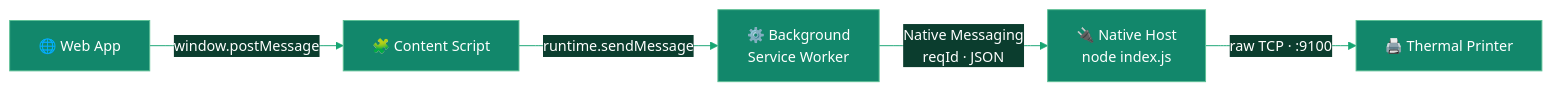
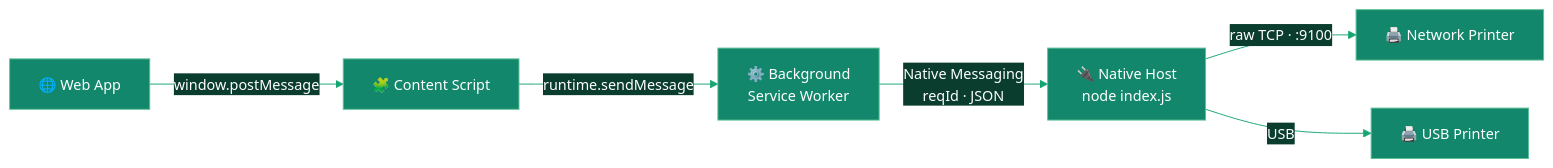
One commit to algoramming/local_tcp changed the diagram in README.md. Above: the diagram before and after it, drawn with Mermaid. The commit also changed other lines of this file and 19 other files, not shown here.

````diff
--- a/README.md
+++ b/README.md
@@ -47,8 +48,9 @@
 ```mermaid
 %%{init: {'theme':'base','themeVariables':{'primaryColor':'#12876B','primaryTextColor':'#ffffff','primaryBorderColor':'#5DC095','lineColor':'#17A673','edgeLabelBackground':'#0B3D2E','fontFamily':'ui-sans-serif, system-ui, sans-serif','fontSize':'15px'}}}%%
 flowchart LR
     A["🌐 Web App"] -->|"window.postMessage"| B["🧩 Content Script"]
     B -->|"runtime.sendMessage"| C["⚙️ Background<br/>Service Worker"]
     C -->|"Native Messaging<br/>reqId · JSON"| D["🔌 Native Host<br/>node index.js"]
-    D -->|"raw TCP · :9100"| E["🖨️ Thermal Printer"]
+    D -->|"raw TCP · :9100"| E["🖨️ Network Printer"]
+    D -->|"USB"| F["🖨️ USB Printer"]
 ```
````
